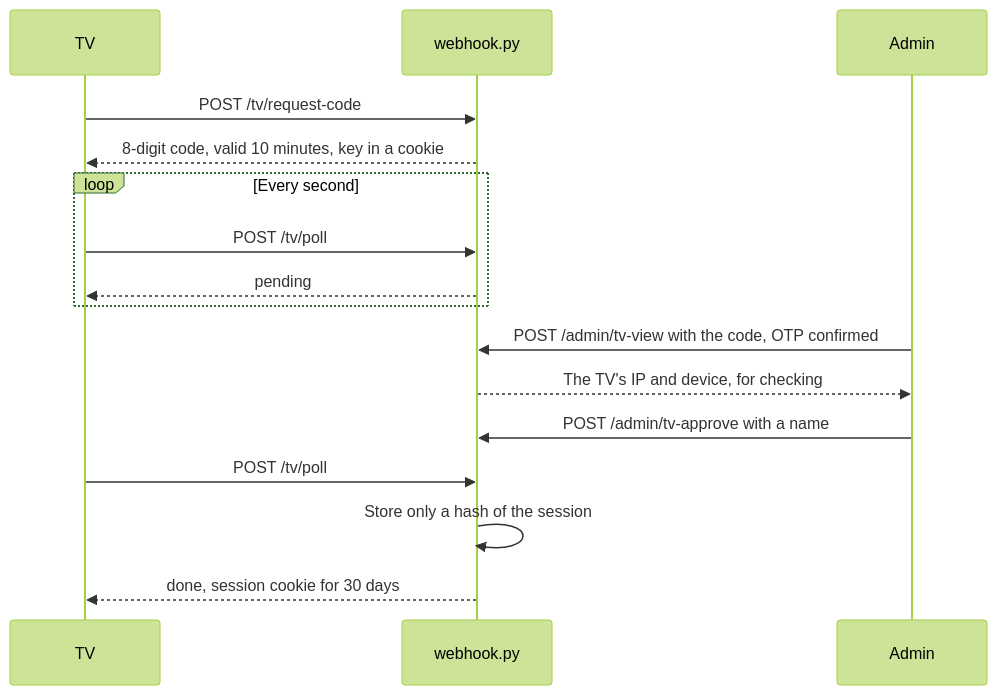
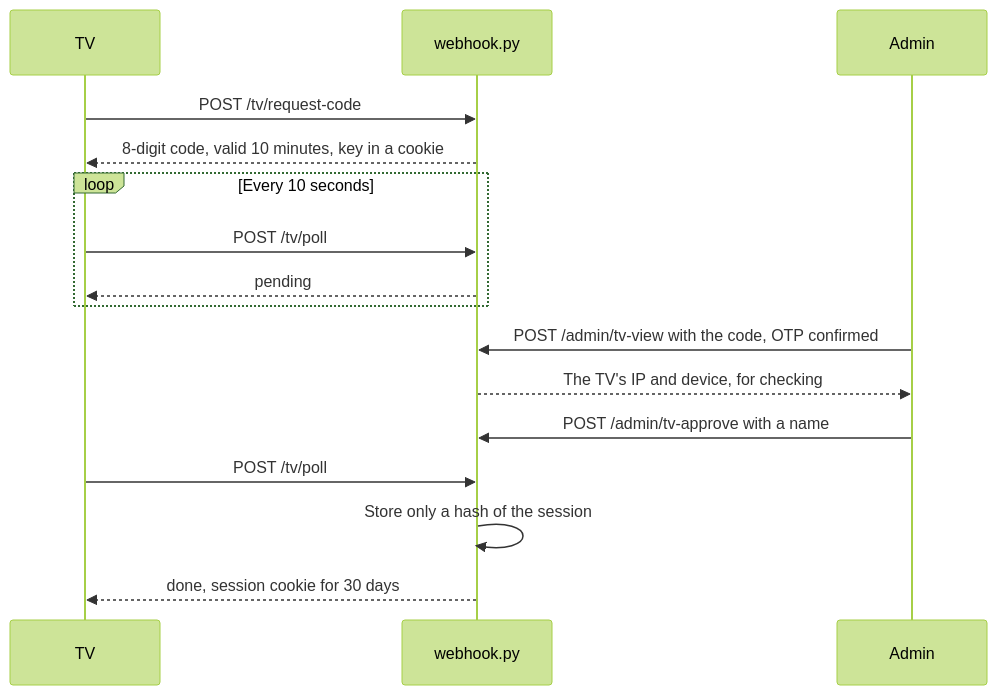
The sixth of 13 diagrams in docs/ARCHITECTURE.md (anhle9x/ai-worker), drawn with Mermaid (forest theme) before and after one commit. The commit also changed other lines of this file and 48 other files, not shown here.

````diff
--- a/docs/ARCHITECTURE.md
+++ b/docs/ARCHITECTURE.md
@@ -271,18 +276,18 @@
 ```mermaid
 sequenceDiagram
   participant T as TV
   participant W as webhook.py
   participant A as Admin
   T->>W: POST /tv/request-code
   W-->>T: 8-digit code, valid 10 minutes, key in a cookie
-  loop Every second
+  loop Every 10 seconds
     T->>W: POST /tv/poll
     W-->>T: pending
   end
   A->>W: POST /admin/tv-view with the code, OTP confirmed
   W-->>A: The TV's IP and device, for checking
   A->>W: POST /admin/tv-approve with a name
   T->>W: POST /tv/poll
   W->>W: Store only a hash of the session
   W-->>T: done, session cookie for 30 days
 ```
````
